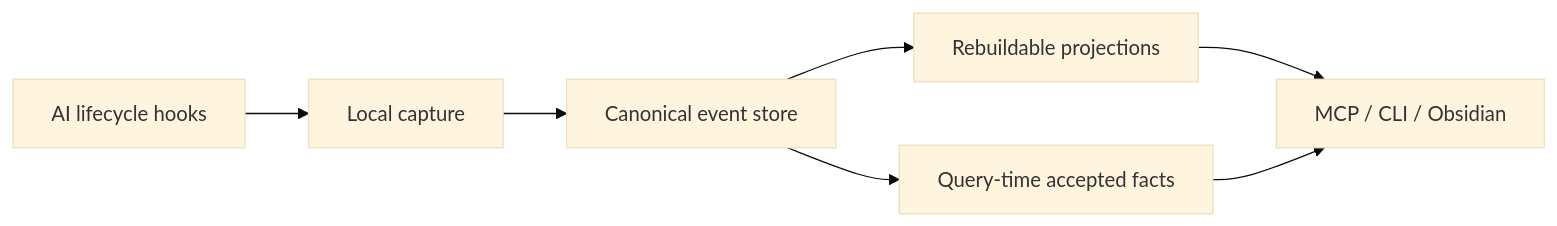
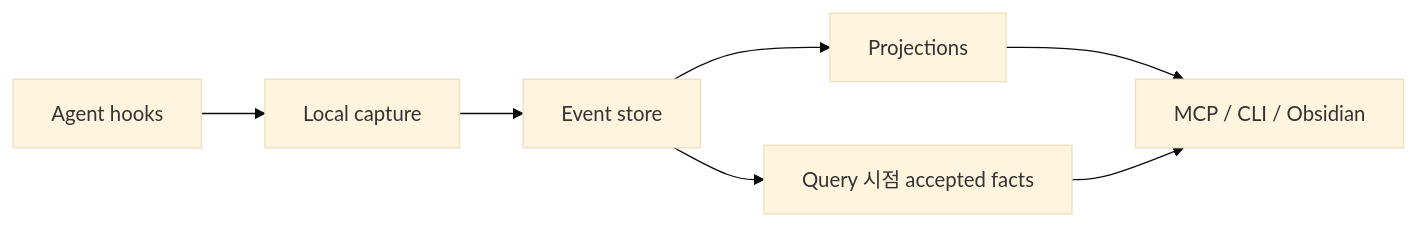
One commit to innocarpe/CarpeOS changed the third of 3 diagrams in README.ko.md. Above: the diagram before and after it, drawn with Mermaid (base theme). The commit also changed other lines of this file and 2 other files, not shown here.

````diff
--- a/README.ko.md
+++ b/README.ko.md
@@ -139,9 +136,9 @@
 ```mermaid
 flowchart LR
-  A[AI lifecycle hooks] --> B[Local capture]
-  B --> C[Canonical event store]
-  C --> D[Query-time accepted facts]
-  C --> E[Rebuildable projections]
+  A[Agent hooks] --> B[Local capture]
+  B --> C[Event store]
+  C --> D[Query 시점 accepted facts]
+  C --> E[Projections]
   E --> F[MCP / CLI / Obsidian]
   D --> F
 ```
````
